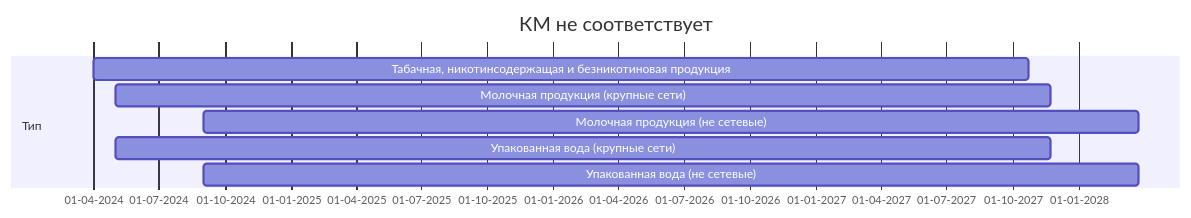
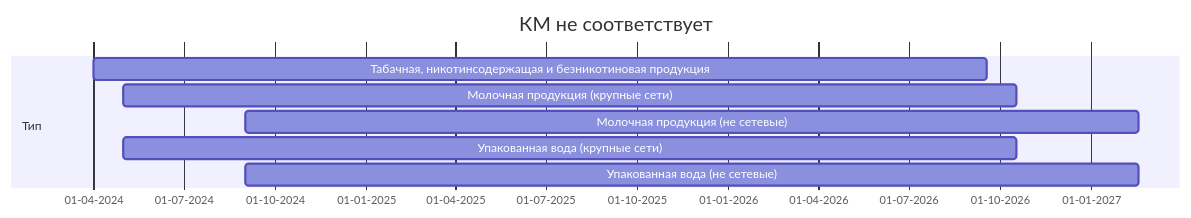
One commit to itidasoft/wiki changed the seventh of 7 diagrams in imark/ppr1944.md. Above: the diagram before and after it, drawn with Mermaid. The commit also changed other lines of this file, not shown here.

````diff
--- a/imark/ppr1944.md
+++ b/imark/ppr1944.md
@@ -269,13 +269,13 @@
 ```mermaid
 gantt
 	title КМ не соответствует
   dateFormat DD-MM-YYYY
   axisFormat %d-%m-%Y
   section Тип
-  	Табачная, никотинсодержащая и безникотиновая продукция          :a1, 01-04-2024, 1300d
-    Молочная продукция (крупные сети)    :a2, 01-05-2024, 1300d
-    Молочная продукция (не сетевые)    :a3, 01-09-2024, 1300d
-    Упакованная вода (крупные сети)   :a4, 01-05-2024, 1300d
-    Упакованная вода (не сетевые)   :a5, 01-09-2024, 1300d
+  	Табачная, никотинсодержащая и безникотиновая продукция          :a1, 01-04-2024, 900d
+    Молочная продукция (крупные сети)    :a2, 01-05-2024, 900d
+    Молочная продукция (не сетевые)    :a3, 01-09-2024, 900d
+    Упакованная вода (крупные сети)   :a4, 01-05-2024, 900d
+    Упакованная вода (не сетевые)   :a5, 01-09-2024, 900d
     
 ```
````
